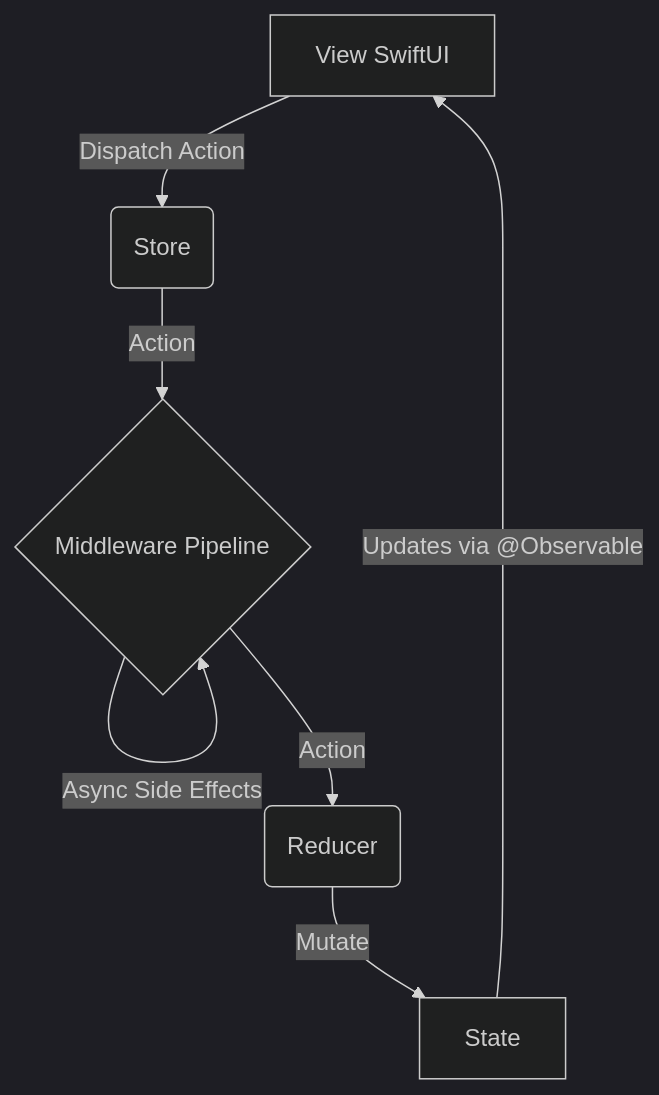
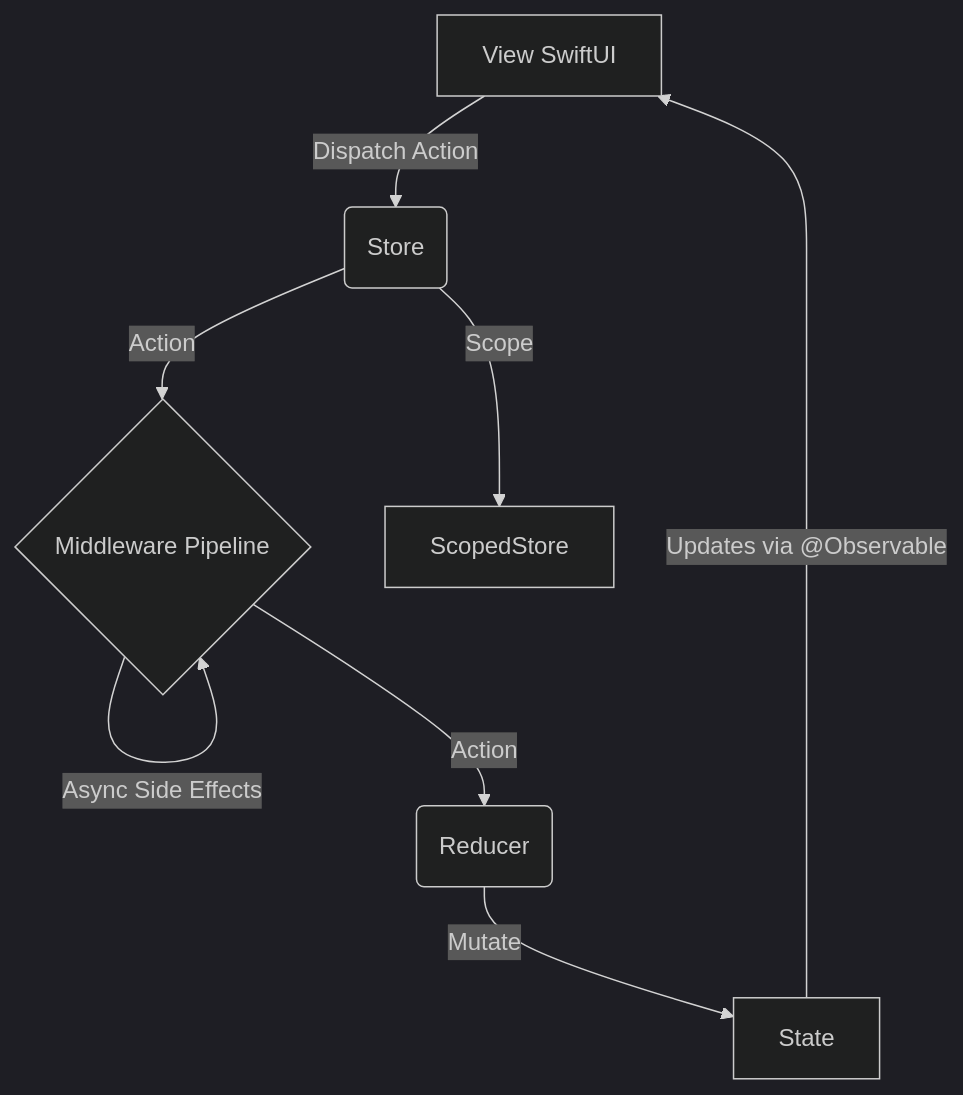
The diagram in README.md (tangzzz-fan/TGReduxKit), drawn with Mermaid (dark theme) before and after one commit. The commit also changed other lines of this file and 18 other files, not shown here.

````diff
--- a/README.md
+++ b/README.md
@@ -7,9 +7,10 @@
 ```mermaid
 graph TD
     A[View SwiftUI] -->|Dispatch Action| B(Store)
     B -->|Action| C{Middleware Pipeline}
     C -->|Async Side Effects| C
     C -->|Action| D(Reducer)
     D -->|Mutate| E[State]
+    B -->|Scope| F[ScopedStore]
     E -->|Updates via @Observable| A
 ```
````
